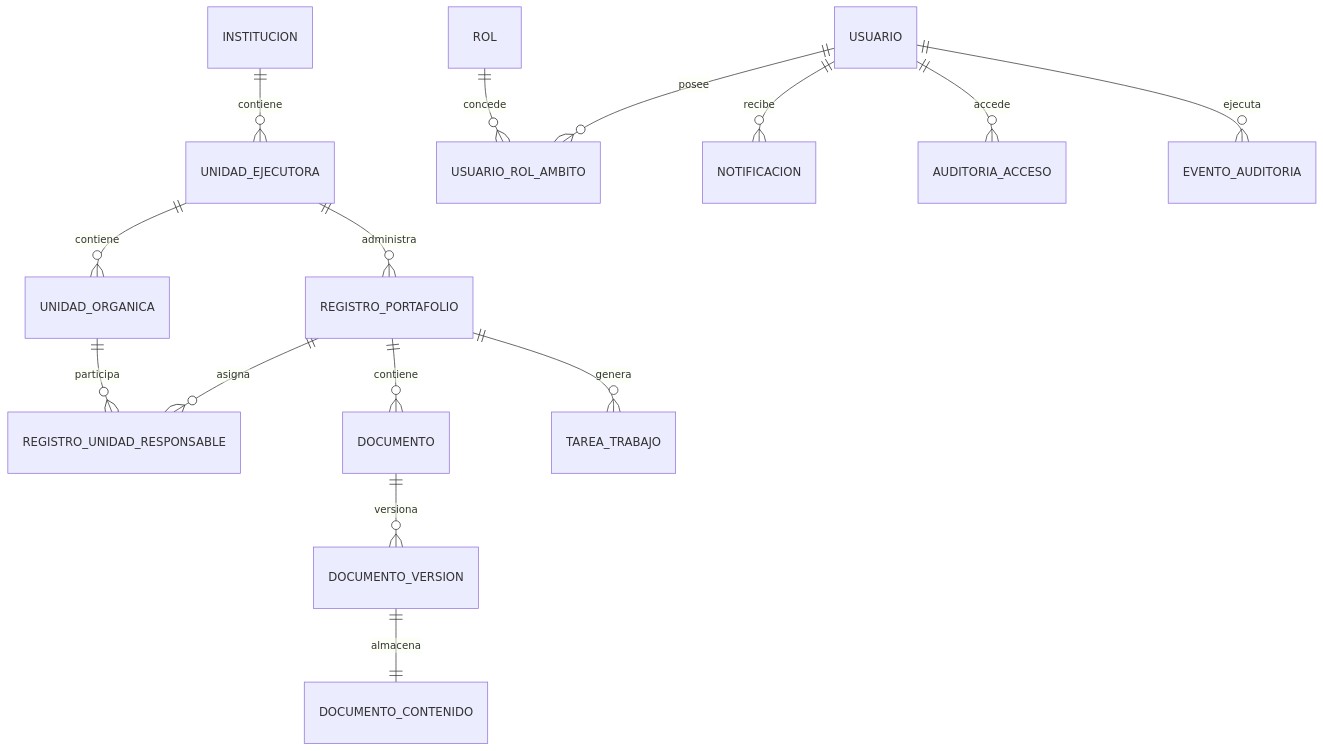
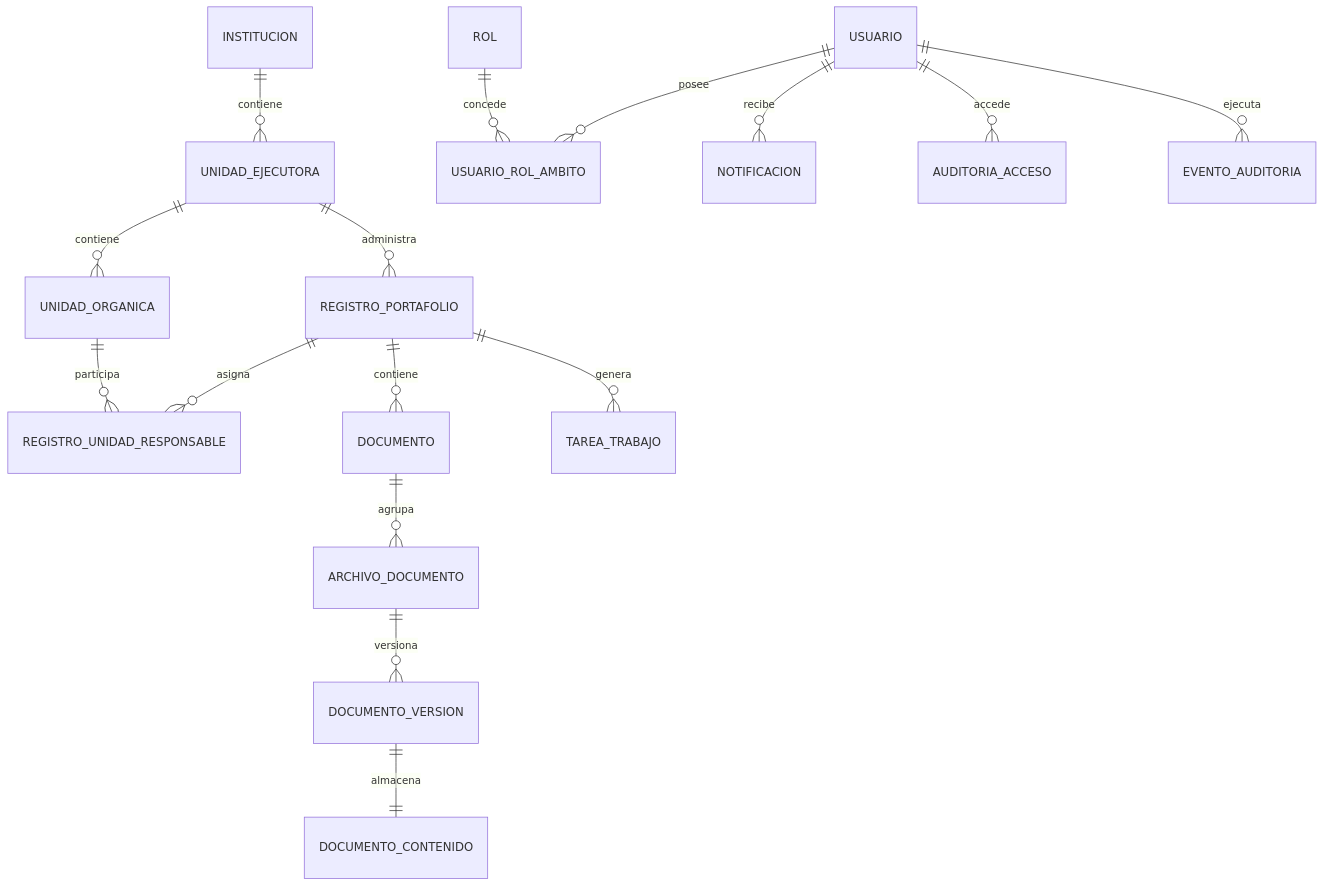
One commit to villegas-pug/piip-app changed the diagram in docs/architecture/data-model-final.md. Above: the diagram before and after it, drawn with Mermaid. The commit also changed 60 other files, not shown here.

````diff
--- a/docs/architecture/data-model-final.md
+++ b/docs/architecture/data-model-final.md
@@ -3,17 +3,18 @@
 ```mermaid
 erDiagram
   INSTITUCION ||--o{ UNIDAD_EJECUTORA : contiene
   UNIDAD_EJECUTORA ||--o{ UNIDAD_ORGANICA : contiene
   UNIDAD_EJECUTORA ||--o{ REGISTRO_PORTAFOLIO : administra
   REGISTRO_PORTAFOLIO ||--o{ REGISTRO_UNIDAD_RESPONSABLE : asigna
   UNIDAD_ORGANICA ||--o{ REGISTRO_UNIDAD_RESPONSABLE : participa
   USUARIO ||--o{ USUARIO_ROL_AMBITO : posee
   ROL ||--o{ USUARIO_ROL_AMBITO : concede
   REGISTRO_PORTAFOLIO ||--o{ DOCUMENTO : contiene
-  DOCUMENTO ||--o{ DOCUMENTO_VERSION : versiona
+  DOCUMENTO ||--o{ ARCHIVO_DOCUMENTO : agrupa
+  ARCHIVO_DOCUMENTO ||--o{ DOCUMENTO_VERSION : versiona
   DOCUMENTO_VERSION ||--|| DOCUMENTO_CONTENIDO : almacena
   REGISTRO_PORTAFOLIO ||--o{ TAREA_TRABAJO : genera
   USUARIO ||--o{ NOTIFICACION : recibe
   USUARIO ||--o{ AUDITORIA_ACCESO : accede
   USUARIO ||--o{ EVENTO_AUDITORIA : ejecuta
 ```
````
